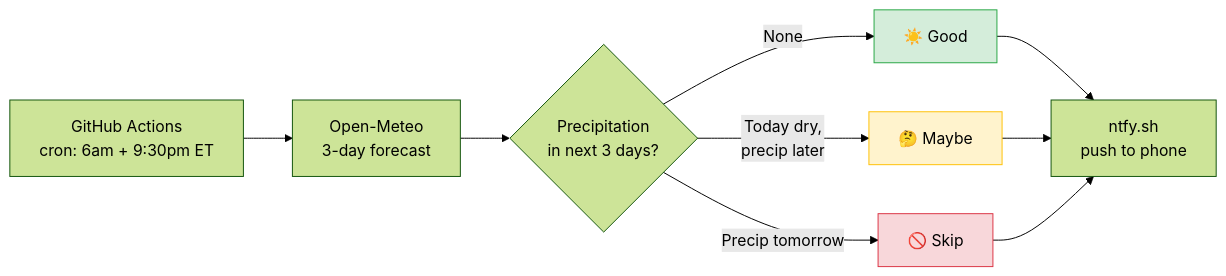
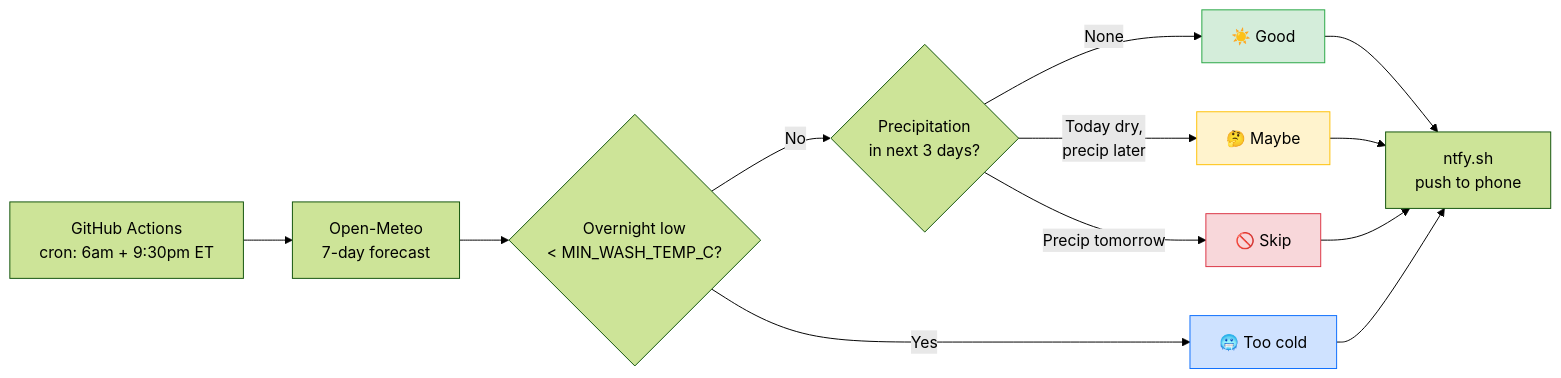
One commit to azilnik/Car-wash-time changed the diagram in README.md. Above: the diagram before and after it, drawn with Mermaid (forest theme). The commit also changed other lines of this file and 5 other files, not shown here.

````diff
--- a/README.md
+++ b/README.md
@@ -76,15 +81,19 @@
 ```mermaid
 flowchart LR
-    A[GitHub Actions<br/>cron: 6am + 9:30pm ET] --> B[Open-Meteo<br/>3-day forecast]
-    B --> C{Precipitation<br/>in next 3 days?}
+    A[GitHub Actions<br/>cron: 6am + 9:30pm ET] --> B[Open-Meteo<br/>7-day forecast]
+    B --> H{Overnight low<br/>< MIN_WASH_TEMP_C?}
+    H -->|Yes| I[🥶 Too cold]
+    H -->|No| C{Precipitation<br/>in next 3 days?}
     C -->|None| D[☀️ Good]
     C -->|Today dry,<br/>precip later| E[🤔 Maybe]
     C -->|Precip tomorrow| F[🚫 Skip]
     D --> G[ntfy.sh<br/>push to phone]
     E --> G
     F --> G
+    I --> G
 
     style D fill:#d4edda,stroke:#28a745,color:#000
     style E fill:#fff3cd,stroke:#ffc107,color:#000
     style F fill:#f8d7da,stroke:#dc3545,color:#000
+    style I fill:#cfe2ff,stroke:#0d6efd,color:#000
 ```
````
